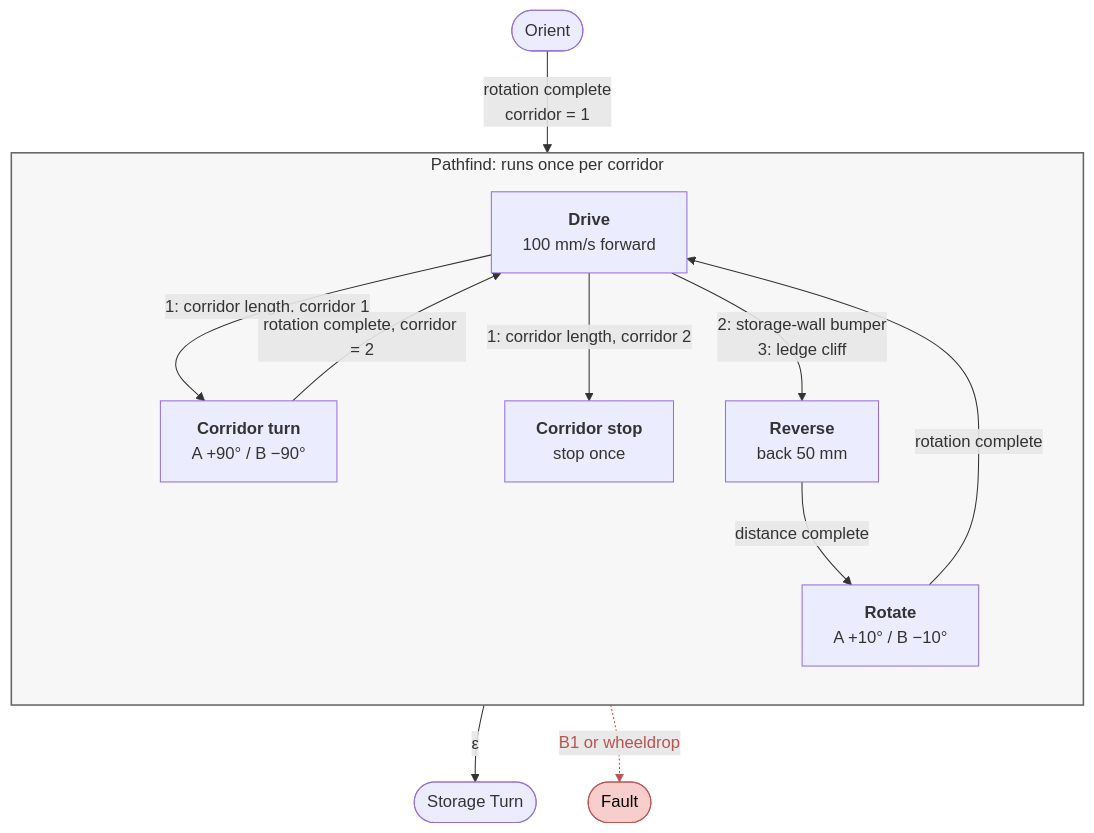
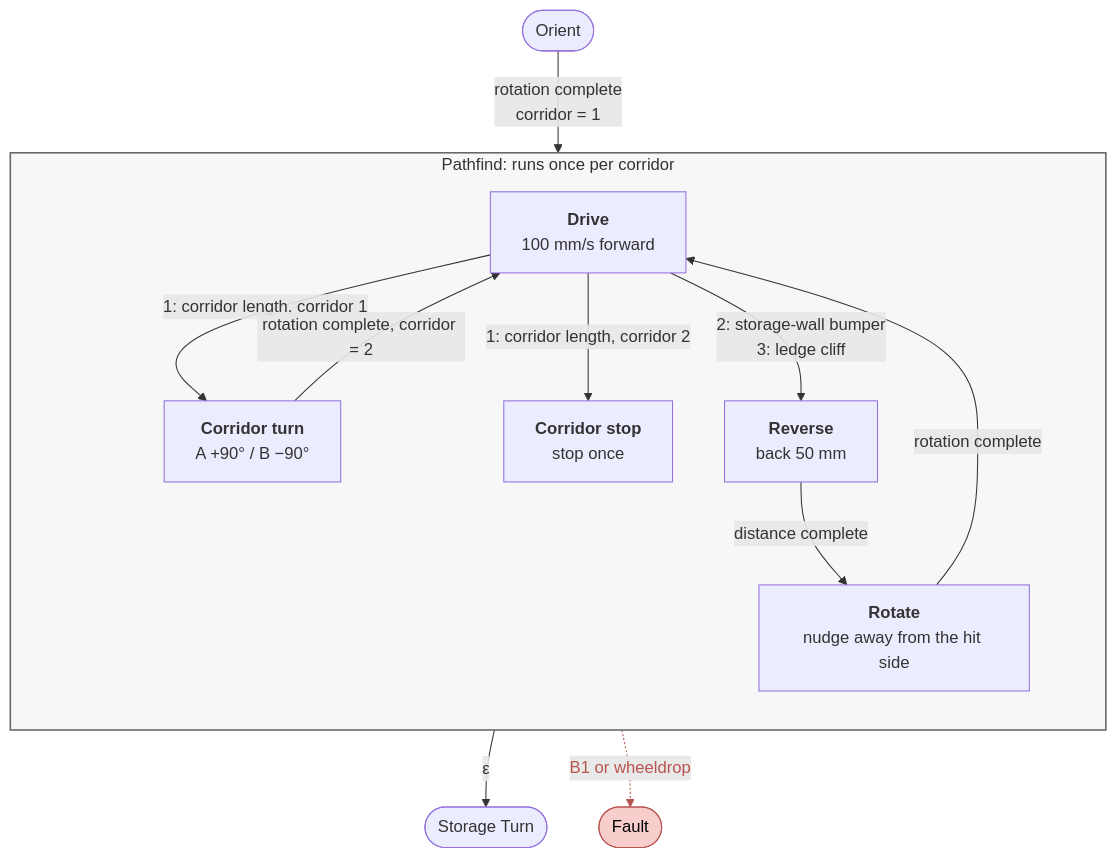
Before and after one commit to hiten011/MicroControllingProject: the diagram in docs/pathfind.md, drawn with Mermaid. The commit also changed other lines of this file and 7 other files, not shown here.

````diff
--- a/docs/pathfind.md
+++ b/docs/pathfind.md
@@ -7,30 +7,30 @@
 ```mermaid
 flowchart TB
     orient(["Orient"])
     fault(["Fault"])
     storage(["Storage Turn"])
 
     subgraph pathfind["Pathfind: runs once per corridor"]
         direction TB
         drive["<b>Drive</b><br/>100 mm/s forward"]
         turn["<b>Corridor turn</b><br/>A +90° / B −90°"]
         stop["<b>Corridor stop</b><br/>stop once"]
         reverse["<b>Reverse</b><br/>back 50 mm"]
-        rotate["<b>Rotate</b><br/>A +10° / B −10°"]
+        rotate["<b>Rotate</b><br/>nudge away from the hit side"]
     end
 
     orient -->|"rotation complete<br/>corridor = 1"| drive
     drive -->|"1: corridor length, corridor 1"| turn
     turn -->|"rotation complete, corridor = 2"| drive
     drive -->|"1: corridor length, corridor 2"| stop
     stop -->|"ε"| storage
     drive -->|"2: storage-wall bumper<br/>3: ledge cliff"| reverse
     reverse -->|"distance complete"| rotate
     rotate -->|"rotation complete"| drive
     pathfind -.->|"B1 or wheeldrop"| fault
 
     classDef red fill:#f8cecc,stroke:#b85450,color:#000
     class fault red
     style pathfind fill:#f7f7f7,stroke:#666,stroke-width:1.5px
     linkStyle 8 stroke:#b85450,color:#b85450
 ```
````
